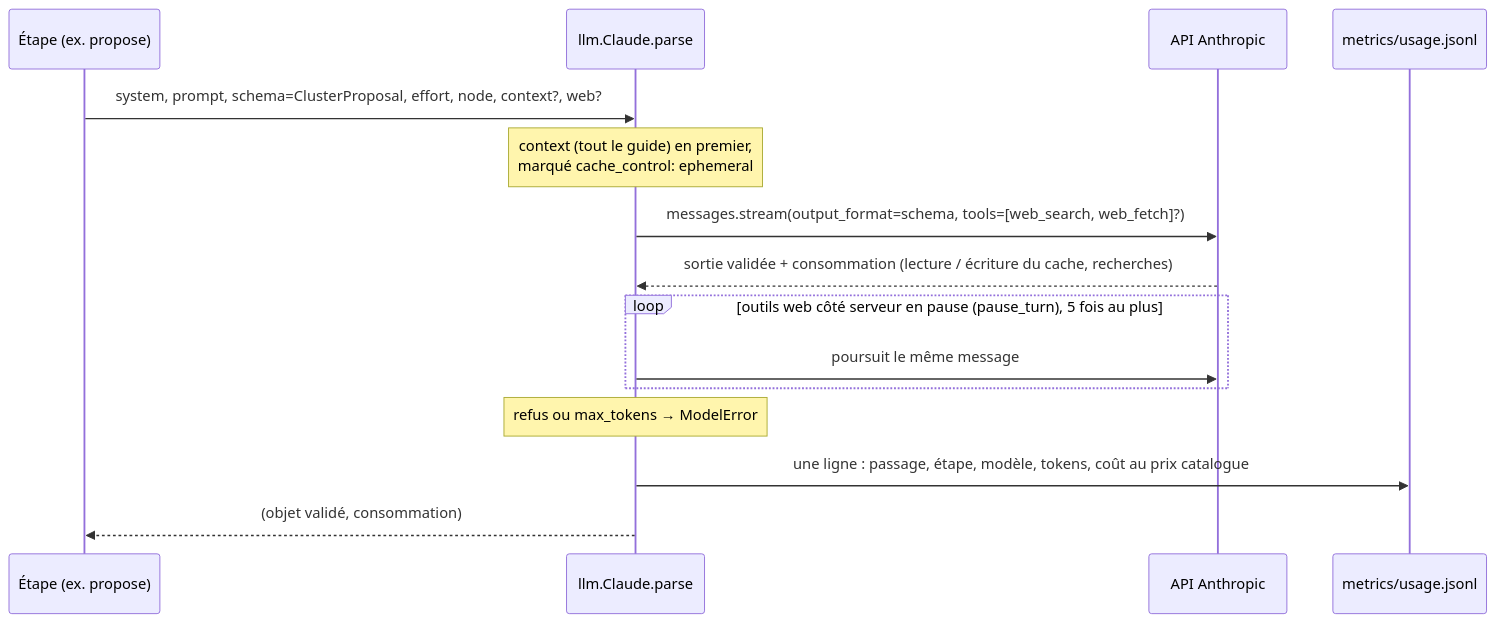
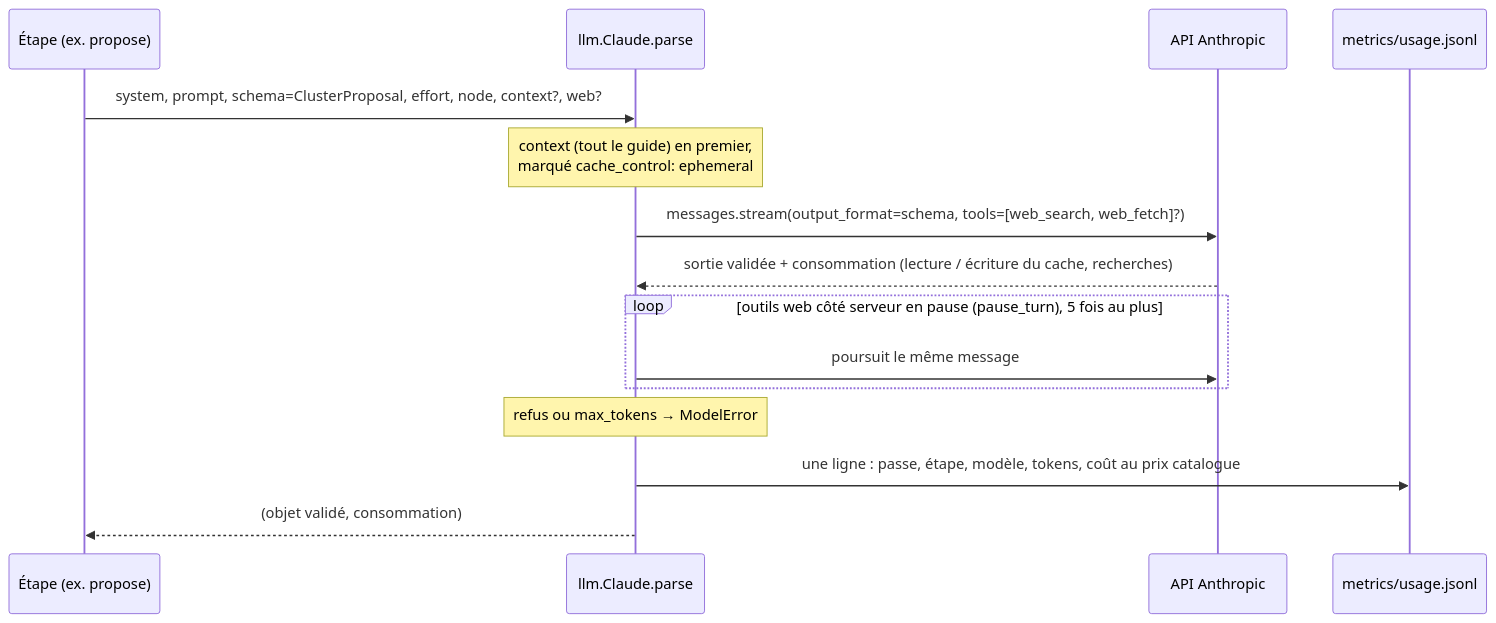
One commit to DamienBecherini/vault-watch-agent changed the fourth of 6 diagrams in docs/fr/code.md. Above: the diagram before and after it, drawn with Mermaid. The commit also changed other lines of this file and 15 other files, not shown here.

Commit message:
docs(fr): « passe » for a run of the agent, « passage » kept for a piece of text, as in the interface

````diff
--- a/docs/fr/code.md
+++ b/docs/fr/code.md
@@ -202,17 +202,17 @@
 ```mermaid
 sequenceDiagram
   participant N as Étape (ex. propose)
   participant L as llm.Claude.parse
   participant A as API Anthropic
   participant J as metrics/usage.jsonl
   N->>L: system, prompt, schema=ClusterProposal, effort, node, context?, web?
   Note over L: context (tout le guide) en premier,<br/>marqué cache_control: ephemeral
   L->>A: messages.stream(output_format=schema, tools=[web_search, web_fetch]?)
   A-->>L: sortie validée + consommation (lecture / écriture du cache, recherches)
   loop outils web côté serveur en pause (pause_turn), 5 fois au plus
     L->>A: poursuit le même message
   end
   Note over L: refus ou max_tokens → ModelError
-  L->>J: une ligne : passage, étape, modèle, tokens, coût au prix catalogue
+  L->>J: une ligne : passe, étape, modèle, tokens, coût au prix catalogue
   L-->>N: (objet validé, consommation)
 ```
````
